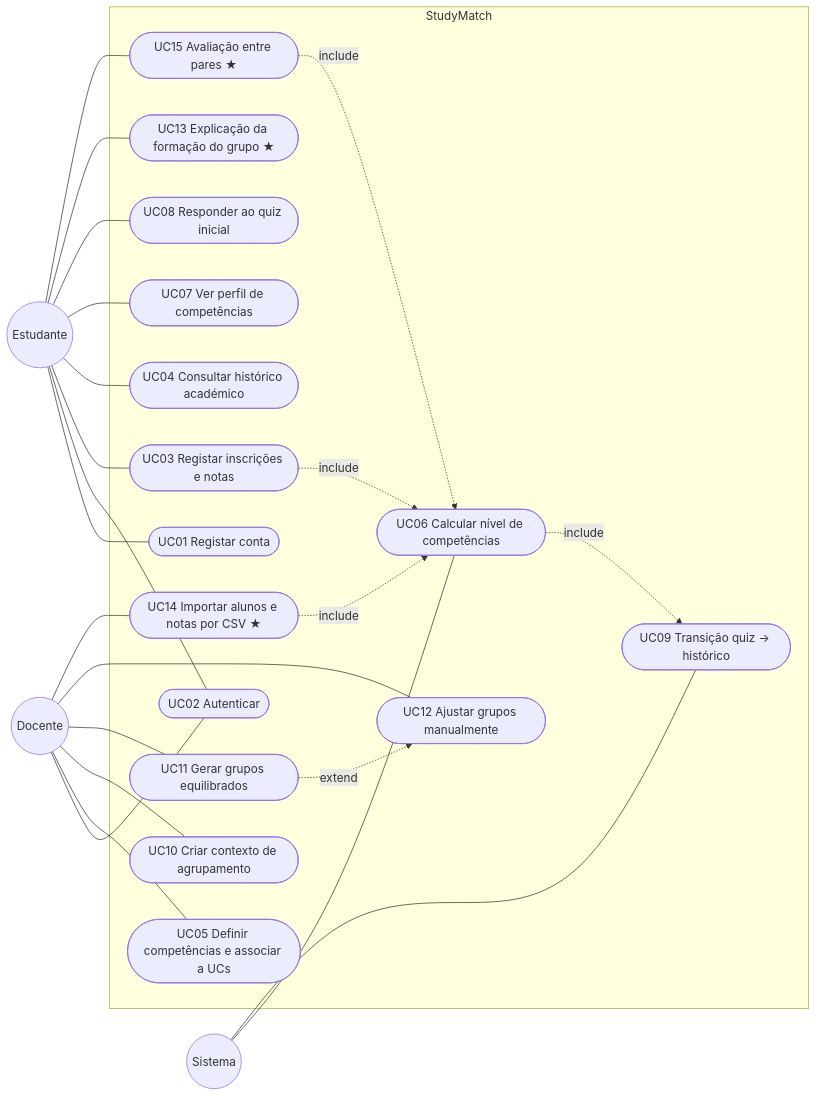
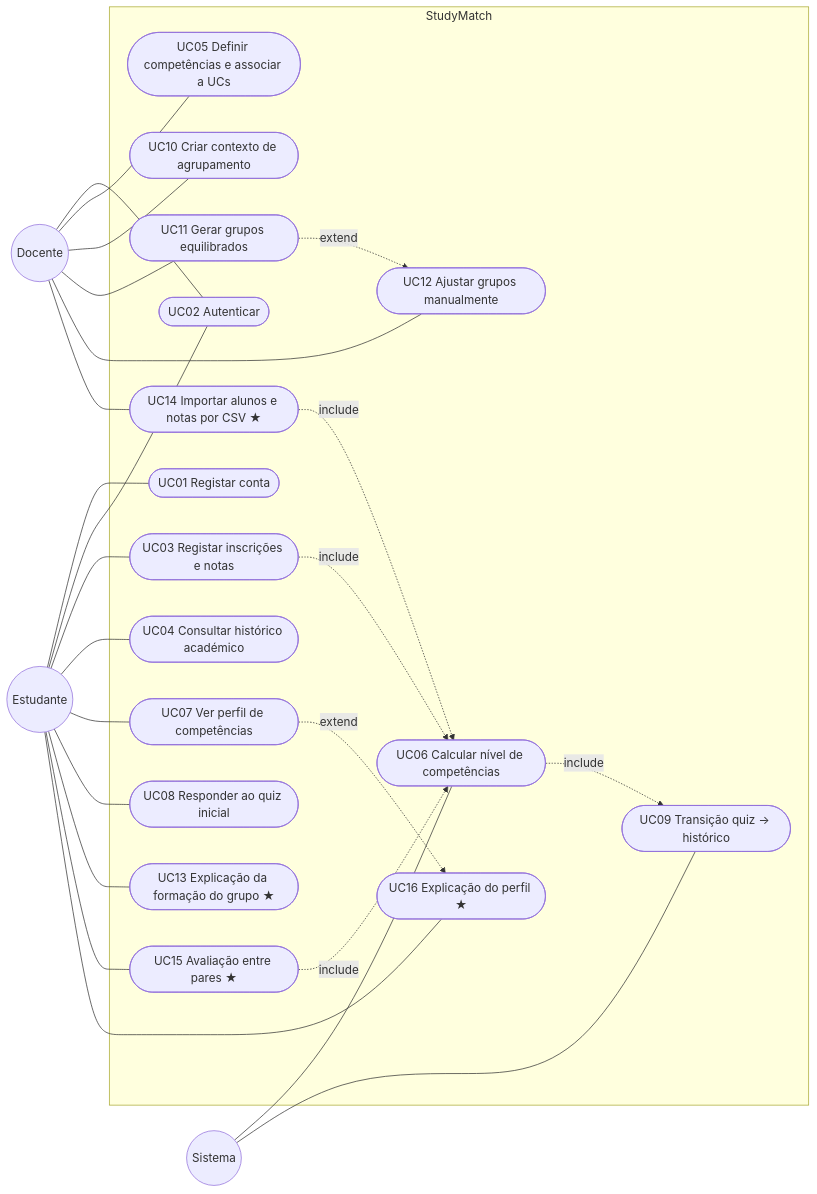
One commit to ELZY01/Grupo2_QS_Project changed the diagram in docs/casos-de-uso.md. Above: the diagram before and after it, drawn with Mermaid. The commit also changed other lines of this file and 2 other files, not shown here.

````diff
--- a/docs/casos-de-uso.md
+++ b/docs/casos-de-uso.md
@@ -20,47 +20,50 @@
 ```mermaid
 flowchart LR
     E((Estudante))
     D((Docente))
     S((Sistema))
 
     subgraph SM[StudyMatch]
         UC01([UC01 Registar conta])
         UC02([UC02 Autenticar])
         UC03([UC03 Registar inscrições e notas])
         UC04([UC04 Consultar histórico académico])
         UC05([UC05 Definir competências e associar a UCs])
         UC06([UC06 Calcular nível de competências])
         UC07([UC07 Ver perfil de competências])
         UC08([UC08 Responder ao quiz inicial])
         UC09([UC09 Transição quiz → histórico])
         UC10([UC10 Criar contexto de agrupamento])
         UC11([UC11 Gerar grupos equilibrados])
         UC12([UC12 Ajustar grupos manualmente])
         UC13([UC13 Explicação da formação do grupo ★])
         UC14([UC14 Importar alunos e notas por CSV ★])
         UC15([UC15 Avaliação entre pares ★])
+        UC16([UC16 Explicação do perfil ★])
     end
 
     E --- UC01
     E --- UC02
     E --- UC03
     E --- UC04
     E --- UC07
     E --- UC08
     E --- UC13
     E --- UC15
+    E --- UC16
     D --- UC02
     D --- UC05
     D --- UC10
     D --- UC11
     D --- UC12
     D --- UC14
     S --- UC06
     S --- UC09
 
     UC03 -. include .-> UC06
     UC14 -. include .-> UC06
     UC06 -. include .-> UC09
     UC15 -. include .-> UC06
     UC11 -. extend .-> UC12
+    UC07 -. extend .-> UC16
 ```
````
